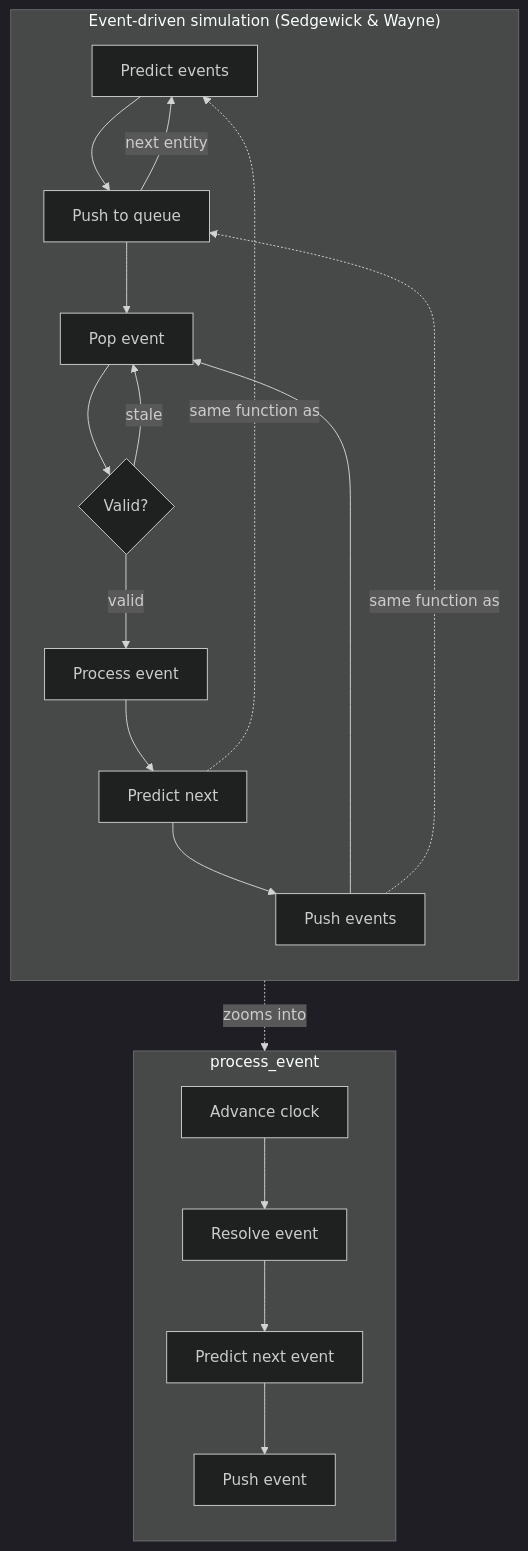
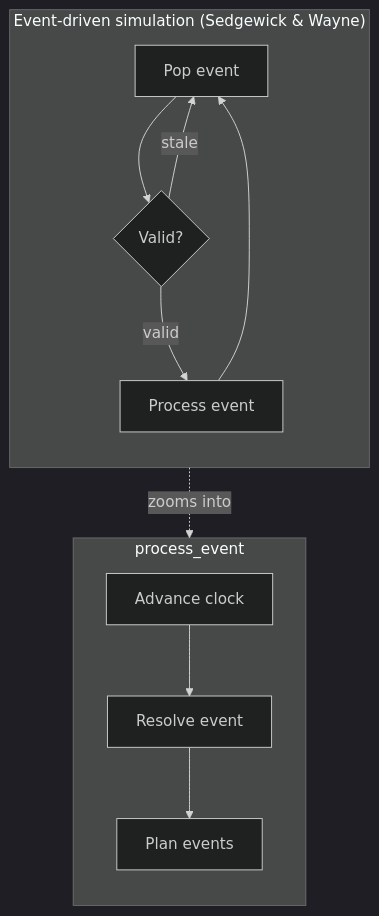
One commit to zhafen/story-simulator changed the second of 2 diagrams in docs/architecture.md. Above: the diagram before and after it, drawn with Mermaid (dark theme). The commit also changed other lines of this file and 6 other files, not shown here.

````diff
--- a/docs/architecture.md
+++ b/docs/architecture.md
@@ -92,24 +100,17 @@
 ```mermaid
 flowchart TD
     subgraph Turn["process_event"]
         direction TB
-        ADV[Advance clock] --> RBE[Resolve event] --> PRED2[Predict next event] --> PUSH2[Push event]
+        ADV[Advance clock] --> RES[Resolve event] --> PLAN[Plan events]
     end
 
     subgraph Event["Event-driven simulation (Sedgewick & Wayne)"]
         direction TB
-        I1[Predict events] --> I2[Push to queue]
-        I2 -- next entity --> I1
-        I2 --> L1[Pop event]
-        L1 --> V{Valid?}
+        L1[Pop event] --> V{Valid?}
         V -- stale --> L1
         V -- valid --> PROC[Process event]
-        PROC --> PRED[Predict next]
-        PRED --> PUSH[Push events]
-        PUSH --> L1
+        PROC --> L1
     end
 
     PROC -. zooms into .-> Turn
-    PRED -. same function as .-> I1
-    PUSH -. same function as .-> I2
 ```
````
